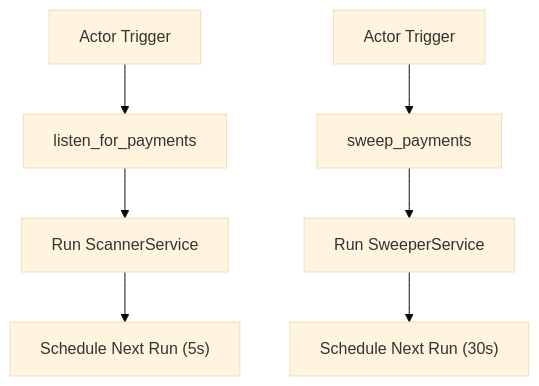
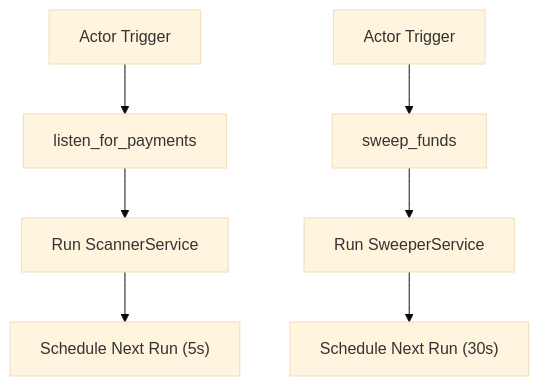
Before and after one commit to rakibhossain72/ctrip-docs: the sixth of 9 diagrams in docs/advanced-topics/monitoring-and-observability.md, drawn with Mermaid (base theme). The commit also changed other lines of this file and 25 other files, not shown here.

````diff
--- a/docs/advanced-topics/monitoring-and-observability.md
+++ b/docs/advanced-topics/monitoring-and-observability.md
@@ -298,9 +298,9 @@
 ```mermaid
 flowchart TD
 A["Actor Trigger"] --> L["listen_for_payments"]
 L --> Run["Run ScannerService"]
 Run --> Next["Schedule Next Run (5s)"]
-B["Actor Trigger"] --> S["sweep_payments"]
+B["Actor Trigger"] --> S["sweep_funds"]
 S --> Run2["Run SweeperService"]
 Run2 --> Next2["Schedule Next Run (30s)"]
 ```
````
